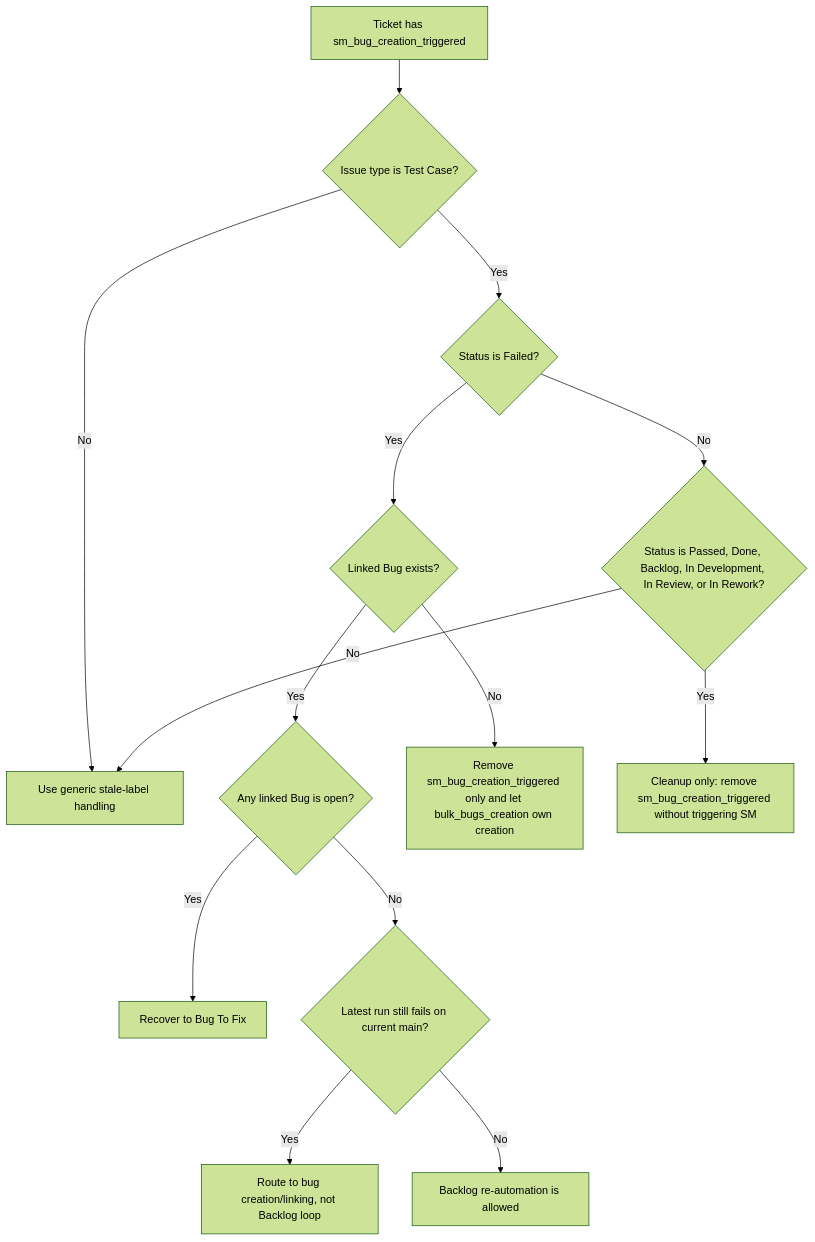
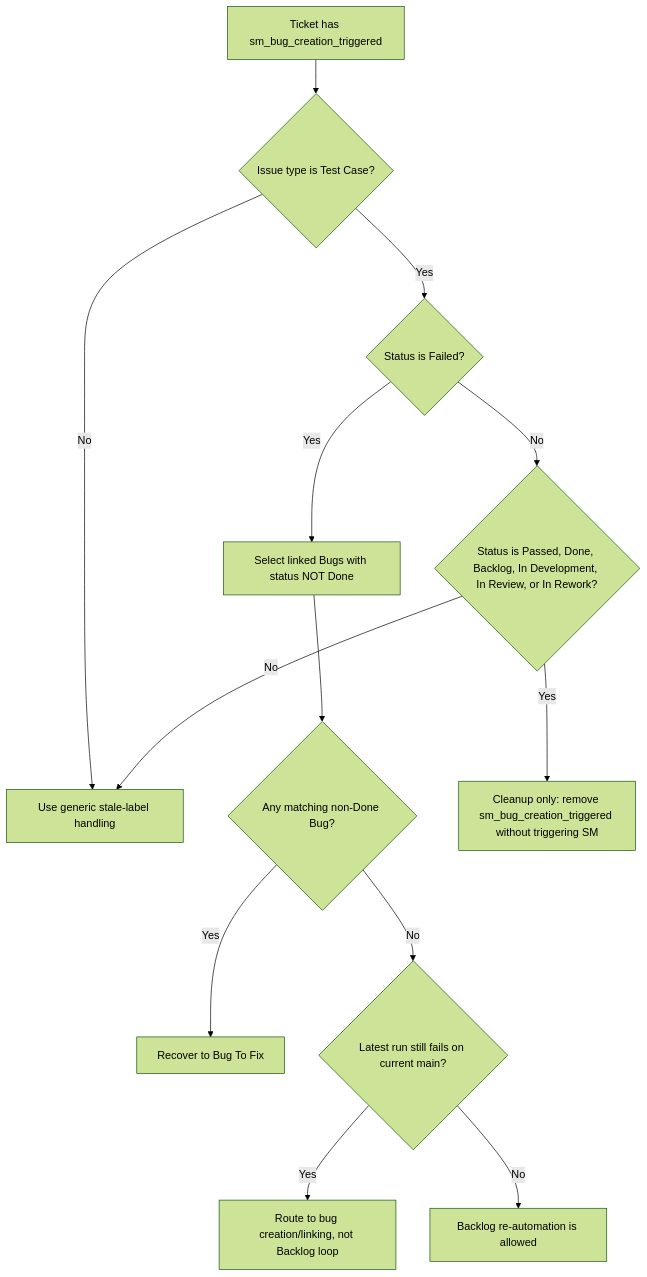
The first of 2 diagrams in .dmtools/instructions/agents/df_manager_watchlist.md (IstiN/trackstate), drawn with Mermaid (forest theme) before and after one commit. The commit also changed other lines of this file and 1 other file, not shown here.

Commit message:
docs: ignore done bugs in active triage selection

````diff
--- a/.dmtools/instructions/agents/df_manager_watchlist.md
+++ b/.dmtools/instructions/agents/df_manager_watchlist.md
@@ -49,16 +49,15 @@
 ```mermaid
 flowchart TD
     A[Ticket has sm_bug_creation_triggered] --> B{Issue type is Test Case?}
     B -- No --> Z[Use generic stale-label handling]
     B -- Yes --> C{Status is Failed?}
-    C -- Yes --> D{Linked Bug exists?}
-    D -- Yes --> E{Any linked Bug is open?}
+    C -- Yes --> D[Select linked Bugs with status NOT Done]
+    D --> E{Any matching non-Done Bug?}
     E -- Yes --> E1[Recover to Bug To Fix]
     E -- No --> E2{Latest run still fails on current main?}
     E2 -- Yes --> E3[Route to bug creation/linking, not Backlog loop]
     E2 -- No --> E4[Backlog re-automation is allowed]
-    D -- No --> F[Remove sm_bug_creation_triggered only and let bulk_bugs_creation own creation]
     C -- No --> G{Status is Passed, Done, Backlog, In Development, In Review, or In Rework?}
     G -- Yes --> H[Cleanup only: remove sm_bug_creation_triggered without triggering SM]
     G -- No --> Z
 ```
````
